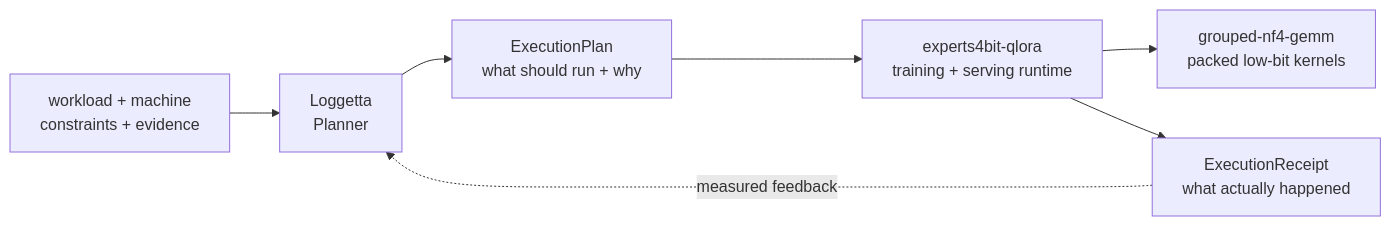
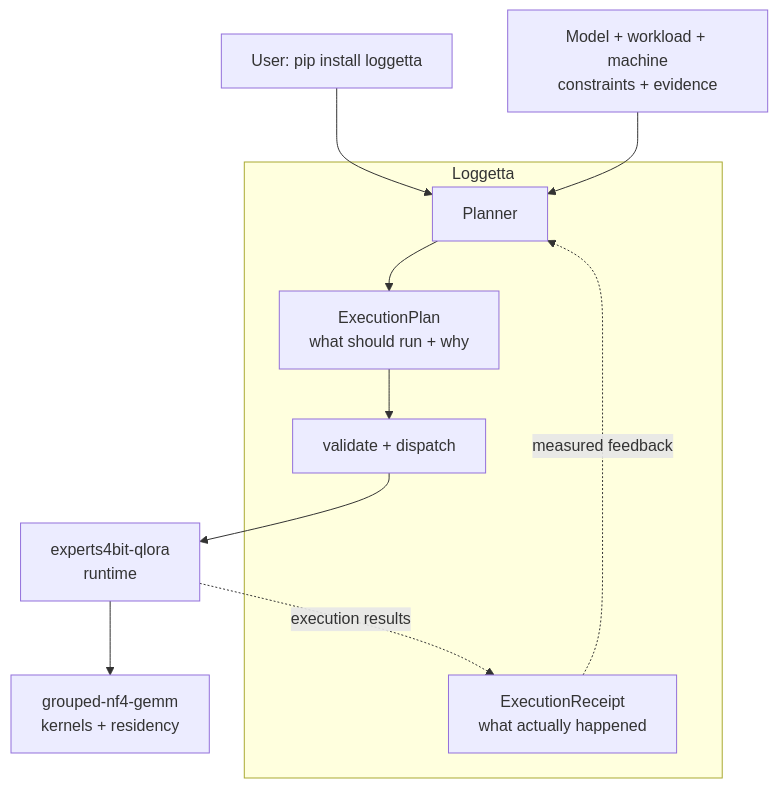
The diagram in README.md (pjordanandrsn/pjordanandrsn), drawn with Mermaid before and after one commit. The commit also changed other lines of this file, not shown here.

Commit message:
profile: make Loggetta the full-stack entry point

````diff
--- a/README.md
+++ b/README.md
@@ -30,9 +52,13 @@
 ```mermaid
-flowchart LR
-    A["workload + machine<br/>constraints + evidence"] --> B["Loggetta<br/>Planner"]
-    B --> C["ExecutionPlan<br/>what should run + why"]
-    C --> D["experts4bit-qlora<br/>training + serving runtime"]
-    D --> E["grouped-nf4-gemm<br/>packed low-bit kernels"]
-    D --> F["ExecutionReceipt<br/>what actually happened"]
-    F -. "measured feedback" .-> B
+flowchart TB
+    U["User: pip install loggetta"] --> P
+    I["Model + workload + machine<br/>constraints + evidence"] --> P
+    subgraph L["Loggetta"]
+        P["Planner"] --> X["ExecutionPlan<br/>what should run + why"]
+        X --> O["validate + dispatch"]
+        R["ExecutionReceipt<br/>what actually happened"] -. "measured feedback" .-> P
+    end
+    O --> E["experts4bit-qlora<br/>runtime"]
+    E --> G["grouped-nf4-gemm<br/>kernels + residency"]
+    E -. "execution results" .-> R
 ```
````
